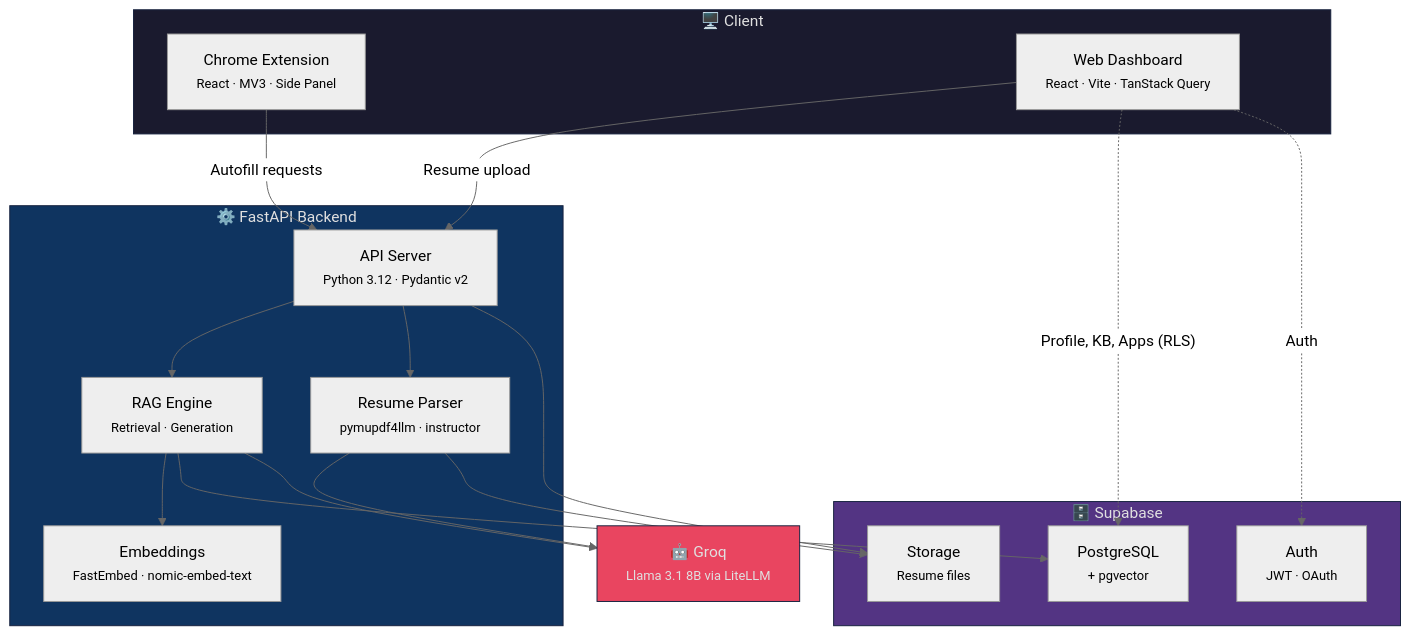
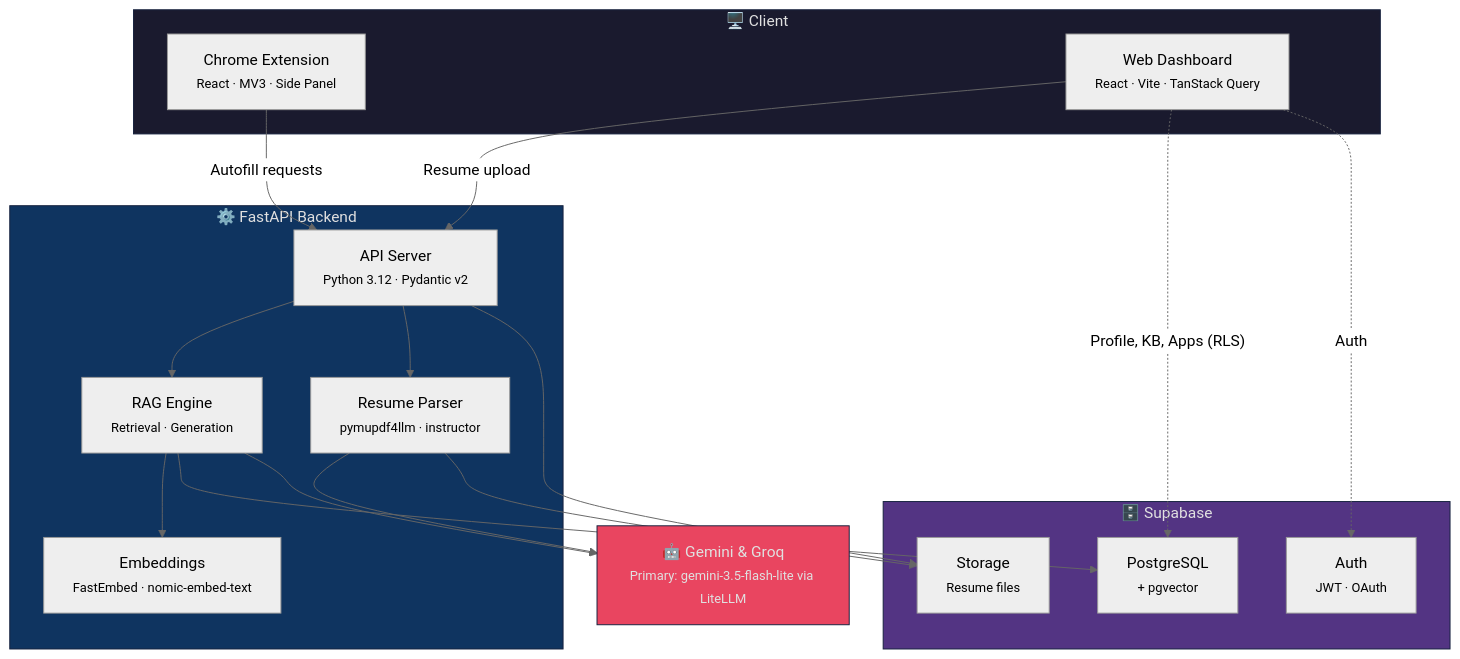
Before and after one commit to Shanksch/jobsa: the diagram in README.md, drawn with Mermaid (neutral theme). The commit also changed other lines of this file and 1 other file, not shown here.

Commit message:
updated readme.md and architecture.md file

````diff
--- a/README.md
+++ b/README.md
@@ -83,41 +83,41 @@
 ```mermaid
 graph TB
     subgraph Client["🖥️ Client"]
         EXT["Chrome Extension<br/><small>React · MV3 · Side Panel</small>"]
         DASH["Web Dashboard<br/><small>React · Vite · TanStack Query</small>"]
     end
 
     subgraph Backend["⚙️ FastAPI Backend"]
         API["API Server<br/><small>Python 3.12 · Pydantic v2</small>"]
         RAG["RAG Engine<br/><small>Retrieval · Generation</small>"]
         PARSE["Resume Parser<br/><small>pymupdf4llm · instructor</small>"]
         EMBED["Embeddings<br/><small>FastEmbed · nomic-embed-text</small>"]
     end
 
     subgraph Data["🗄️ Supabase"]
         DB["PostgreSQL<br/><small>+ pgvector</small>"]
         AUTH["Auth<br/><small>JWT · OAuth</small>"]
         STORE["Storage<br/><small>Resume files</small>"]
     end
 
-    LLM["🤖 Groq<br/><small>Llama 3.1 8B via LiteLLM</small>"]
+    LLM["🤖 Gemini & Groq<br/><small>Primary: gemini-3.5-flash-lite via LiteLLM</small>"]
 
     EXT -->|"Autofill requests"| API
     DASH -->|"Resume upload"| API
     DASH -.->|"Profile, KB, Apps (RLS)"| DB
     DASH -.->|"Auth"| AUTH
 
     API --> RAG
     API --> PARSE
     RAG --> EMBED
     RAG --> DB
     RAG --> LLM
     PARSE --> LLM
     API --> STORE
     PARSE --> STORE
 
     style Client fill:#1a1a2e,stroke:#16213e,color:#e0e0e0
     style Backend fill:#0f3460,stroke:#16213e,color:#e0e0e0
     style Data fill:#533483,stroke:#16213e,color:#e0e0e0
     style LLM fill:#e94560,stroke:#16213e,color:#e0e0e0
 ```
````
